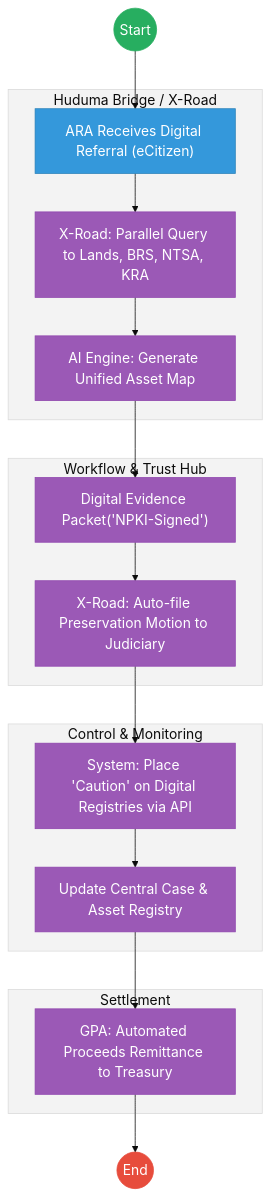
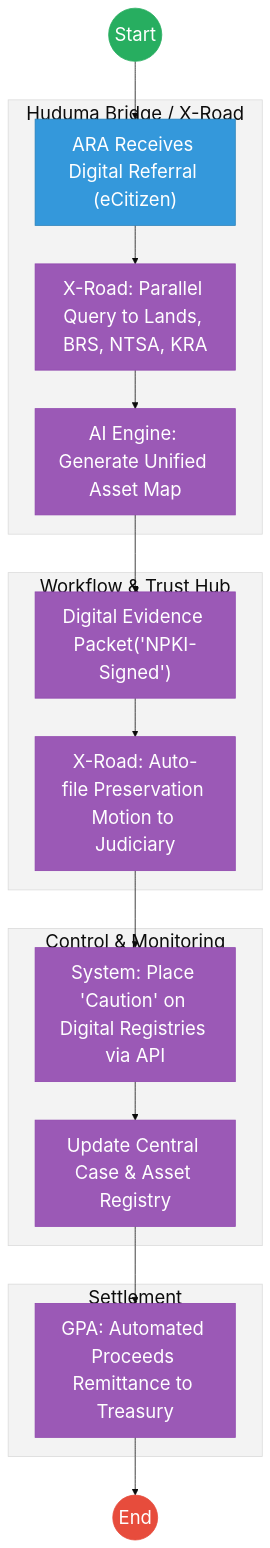
One commit to BITZ-IT-Consulting-LTD/ictapoc changed the second of 2 diagrams in mdas/docs_final/priority_mdas/Assets_Recovery_Agency___Service_Delivery.md. Above: the diagram before and after it, drawn with Mermaid. The commit also changed other lines of this file and 196 other files, not shown here.

````diff
--- a/mdas/docs_final/priority_mdas/Assets_Recovery_Agency___Service_Delivery.md
+++ b/mdas/docs_final/priority_mdas/Assets_Recovery_Agency___Service_Delivery.md
@@ -111,35 +111,35 @@
 ```mermaid
-%%{init: { 'theme': 'base', 'themeVariables': { 'fontSize': '18px', 'fontFamily': 'Inter, system-ui, sans-serif', 'primaryColor': '#ffffff', 'edgeLabelBackground':'#ffffff', 'tertiaryColor': '#f3f3f3', 'mainBkg': '#ffffff', 'nodeBorder': '#333333' } } }%%
+%%{init: { 'theme': 'base', 'themeVariables': { 'fontSize': '24px', 'fontFamily': 'Inter, system-ui, sans-serif', 'primaryColor': '#ffffff', 'edgeLabelBackground':'#ffffff', 'tertiaryColor': '#f3f3f3', 'mainBkg': '#ffffff', 'nodeBorder': '#333333' } } }%%
 graph TD
     Start((Start)) --> Referral["ARA Receives Digital Referral (eCitizen)"]
     
     subgraph Layer3["Huduma Bridge / X-Road"]
         Referral --> Trace["X-Road: Parallel Query to Lands, BRS, NTSA, KRA"]
         Trace --> Map["AI Engine: Generate Unified Asset Map"]
     end
     
     subgraph Layer2["Workflow & Trust Hub"]
         Map --> Evidence["Digital Evidence Packet('NPKI-Signed')"]
         Evidence --> Judicial_API["X-Road: Auto-file Preservation Motion to Judiciary"]
     end
     
     subgraph Layer4["Control & Monitoring"]
         Judicial_API --> Freeze["System: Place 'Caution' on Digital Registries via API"]
         Freeze --> Registry["Update Central Case & Asset Registry"]
     end
     
     subgraph Settlement [Settlement]
         Registry --> Liquidate["GPA: Automated Proceeds Remittance to Treasury"]
     end
     
     Liquidate --> End((End))
 
-    classDef start fill:#27ae60,stroke:#27ae60,color:#fff;
-    classDef endNode fill:#e74c3c,stroke:#e74c3c,color:#fff;
-    classDef userTask fill:#3498db,stroke:#2980b9,color:#fff;
-    classDef serviceTask fill:#9b59b6,stroke:#8e44ad,color:#fff;
+    classDef start fill:#27ae60,stroke:#27ae60,color:#fff,font-size:24px,font-size:24px;;
+    classDef endNode fill:#e74c3c,stroke:#e74c3c,color:#fff,font-size:24px,font-size:24px;;
+    classDef userTask fill:#3498db,stroke:#2980b9,color:#fff,font-size:24px,font-size:24px;;
+    classDef serviceTask fill:#9b59b6,stroke:#8e44ad,color:#fff,font-size:24px,font-size:24px;;
     class Start start;
     class End endNode;
     class Referral userTask;
     class Trace,Map,Evidence,Judicial_API,Freeze,Registry,Liquidate serviceTask;
 ```
````
